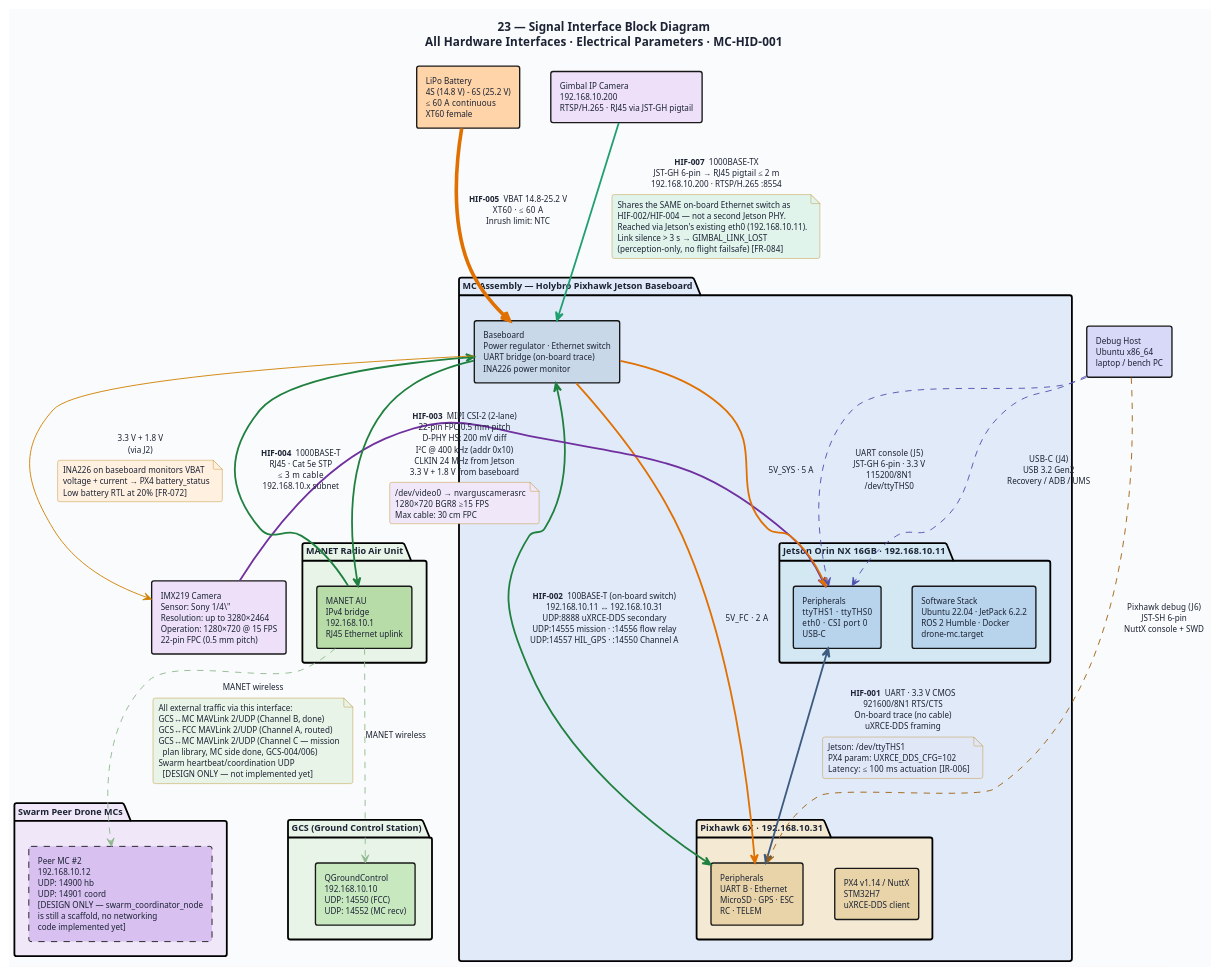
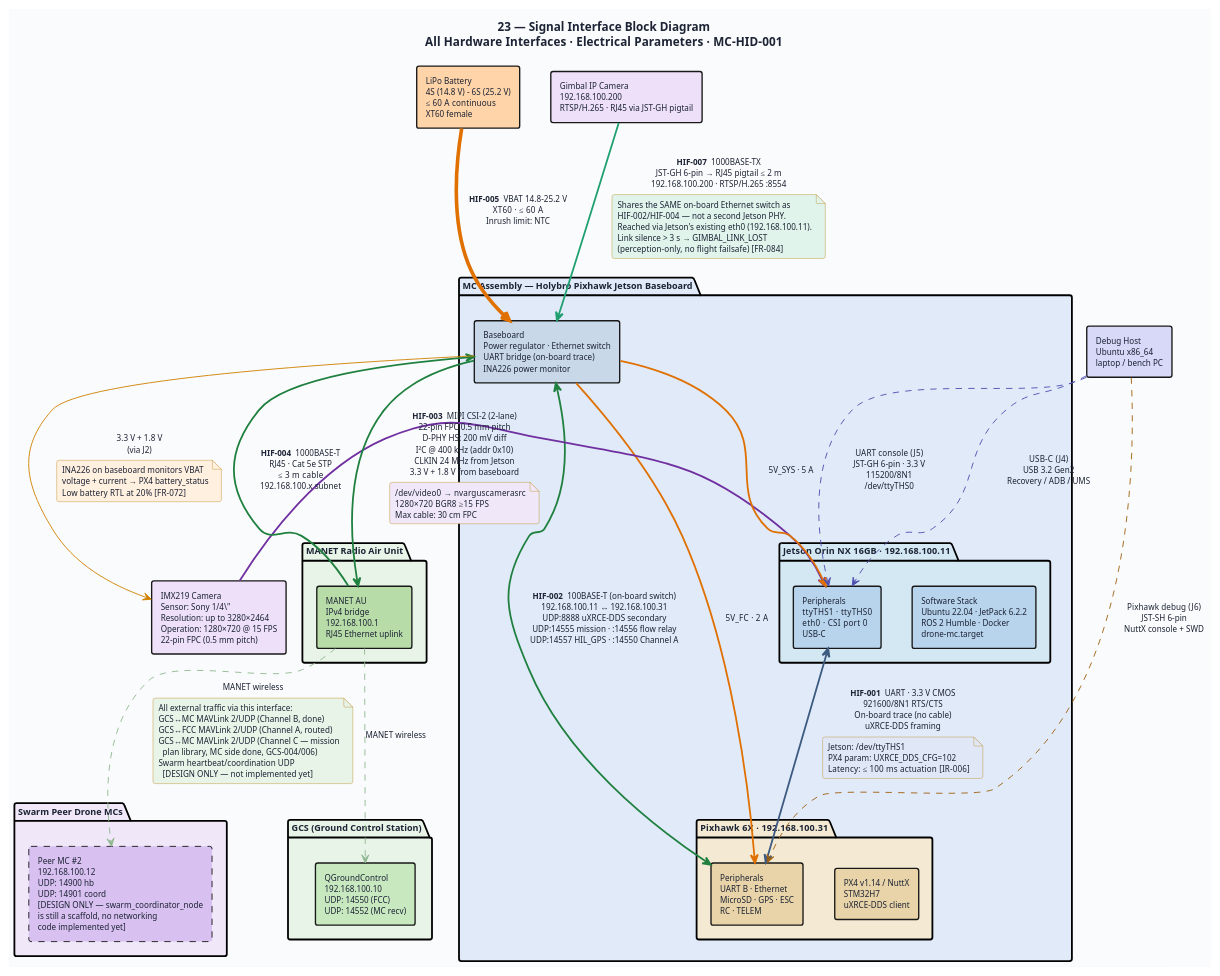
One commit to shawnsoh-stengg/shawnsoh-stengg-drone-swarm-mc-tempFork changed the diagram in docs/diagrams/23-hid-signal-interfaces.puml. Above: the diagram before and after it, drawn with PlantUML. The commit also changed 59 other files, not shown here.

First line of the commit message:
NEAR-726 - Add sequence diagram for mission_manager_node pre-arm checks and arming sequence

```diff
--- a/docs/diagrams/23-hid-signal-interfaces.puml
+++ b/docs/diagrams/23-hid-signal-interfaces.puml
@@ -1,173 +1,173 @@
 @startuml 23-hid-signal-interfaces
 ' ─────────────────────────────────────────────────────────────
 ' Diagram 23: Signal Interface Block Diagram — All Seven HIFs
 ' MC-HID-001 §3–§9
 ' ─────────────────────────────────────────────────────────────
 
 title "23 — Signal Interface Block Diagram\nAll Hardware Interfaces · Electrical Parameters  ·  MC-HID-001"
 
 skinparam BackgroundColor #FAFBFC
 skinparam DefaultFontColor #1C2334
 skinparam DefaultFontSize 10
 skinparam TitleFontSize 13
 skinparam TitleFontStyle bold
 skinparam shadowing false
 skinparam RoundCorner 5
 
 skinparam package {
   BorderThickness 2
   FontSize 10
   FontStyle bold
 }
 
 skinparam rectangle {
   BorderThickness 1.5
   FontSize 9
 }
 
 skinparam note {
   BackgroundColor #FFFAE8
   BorderColor #C09030
   FontSize 9
 }
 
 skinparam arrow {
   Color #3D5A80
   FontColor #1C2334
   FontSize 9
 }
 
 ' ═══════════════════════════════════════════════════
 ' EXTERNAL SYSTEMS
 ' ═══════════════════════════════════════════════════
 
 rectangle "LiPo Battery\n4S (14.8 V) – 6S (25.2 V)\n≤ 60 A continuous\nXT60 female" as BAT #FFD4A8
 
 rectangle "IMX219 Camera\nSensor: Sony 1/4\"\nResolution: up to 3280×2464\nOperation: 1280×720 @ 15 FPS\n22-pin FPC (0.5 mm pitch)" as CAM #EDE0F8
 
 package "MANET Radio Air Unit" as AU_PKG #E8F4E8 {
-  rectangle "MANET AU\nIPv4 bridge\n192.168.10.1\nRJ45 Ethernet uplink" as AU #B8DCA8
+  rectangle "MANET AU\nIPv4 bridge\n192.168.100.1\nRJ45 Ethernet uplink" as AU #B8DCA8
 }
 
 package "GCS (Ground Control Station)" as GCS_PKG #E8F4E8 {
-  rectangle "QGroundControl\n192.168.10.10\nUDP: 14550 (FCC)\nUDP: 14552 (MC recv)" as GCS #C8E8C0
+  rectangle "QGroundControl\n192.168.100.10\nUDP: 14550 (FCC)\nUDP: 14552 (MC recv)" as GCS #C8E8C0
 }
 
 package "Swarm Peer Drone MCs" as PEER_PKG #F0E8F8 {
-  rectangle "Peer MC #2\n192.168.10.12\nUDP: 14900 hb\nUDP: 14901 coord\n[DESIGN ONLY — swarm_coordinator_node\nis still a scaffold, no networking\ncode implemented yet]" as PEER #D8C0F0;line.dashed
+  rectangle "Peer MC #2\n192.168.100.12\nUDP: 14900 hb\nUDP: 14901 coord\n[DESIGN ONLY — swarm_coordinator_node\nis still a scaffold, no networking\ncode implemented yet]" as PEER #D8C0F0;line.dashed
 }
 
 rectangle "Debug Host\nUbuntu x86_64\nlaptop / bench PC" as DBG #D8D8F8
 
-rectangle "Gimbal IP Camera\n192.168.10.200\nRTSP/H.265 · RJ45 via JST-GH pigtail" as GIMCAM #EDE0F8
+rectangle "Gimbal IP Camera\n192.168.100.200\nRTSP/H.265 · RJ45 via JST-GH pigtail" as GIMCAM #EDE0F8
 
 ' ═══════════════════════════════════════════════════
 ' MISSION COMPUTER ASSEMBLY
 ' ═══════════════════════════════════════════════════
 
 package "MC Assembly — Holybro Pixhawk Jetson Baseboard" as MC_PKG #E0EAF8 {
 
-  package "Jetson Orin NX 16GB  ·  192.168.10.11" as JET #D4E8F4 {
+  package "Jetson Orin NX 16GB  ·  192.168.100.11" as JET #D4E8F4 {
     rectangle "Software Stack\nUbuntu 22.04 · JetPack 6.2.2\nROS 2 Humble · Docker\ndrone-mc.target" as JET_SW #B8D4EC
     rectangle "Peripherals\nttyTHS1  ·  ttyTHS0\neth0  ·  CSI port 0\nUSB-C" as JET_HW #B8D4EC
   }
 
   rectangle "Baseboard\nPower regulator · Ethernet switch\nUART bridge (on-board trace)\nINA226 power monitor" as BB #C8D8E8
 
-  package "Pixhawk 6X  ·  192.168.10.31" as PX4 #F4EAD4 {
+  package "Pixhawk 6X  ·  192.168.100.31" as PX4 #F4EAD4 {
     rectangle "PX4 v1.14 / NuttX\nSTM32H7\nuXRCE-DDS client" as PX4_SW #E8D4A8
     rectangle "Peripherals\nUART B · Ethernet\nMicroSD · GPS · ESC\nRC · TELEM" as PX4_HW #E8D4A8
   }
 }
 
 ' ═══════════════════════════════════════════════════
 ' HIF-001: SERIAL (ttyTHS1 ↔ Pixhawk UART B)
 ' ═══════════════════════════════════════════════════
 
 JET_HW <-[#3D5A80,thickness=2]-> PX4_HW : **HIF-001**  UART · 3.3 V CMOS\n921600/8N1 RTS/CTS\nOn-board trace (no cable)\nuXRCE-DDS framing
 
 note on link #E0E8F8
   Jetson: /dev/ttyTHS1
   PX4 param: UXRCE_DDS_CFG=102
   Latency: ≤ 100 ms actuation  [IR-006]
 end note
 
 ' ═══════════════════════════════════════════════════
-' HIF-002: ON-BOARD ETHERNET MC↔FCC (192.168.10.x)
+' HIF-002: ON-BOARD ETHERNET MC↔FCC (192.168.100.x)
 ' ═══════════════════════════════════════════════════
 
-BB <-[#208040,thickness=2]-> PX4_HW : **HIF-002**  100BASE-T (on-board switch)\n192.168.10.11 ↔ 192.168.10.31\nUDP:8888 uXRCE-DDS secondary\nUDP:14555 mission · :14556 flow relay\nUDP:14557 HIL_GPS · :14550 Channel A
+BB <-[#208040,thickness=2]-> PX4_HW : **HIF-002**  100BASE-T (on-board switch)\n192.168.100.11 ↔ 192.168.100.31\nUDP:8888 uXRCE-DDS secondary\nUDP:14555 mission · :14556 flow relay\nUDP:14557 HIL_GPS · :14550 Channel A
 
 ' ═══════════════════════════════════════════════════
 ' HIF-003: CSI-2 CAMERA
 ' ═══════════════════════════════════════════════════
 
 CAM -[#7030A0,thickness=2]-> JET_HW : **HIF-003**  MIPI CSI-2 (2-lane)\n22-pin FPC 0.5 mm pitch\nD-PHY HS: 200 mV diff\nI²C @ 400 kHz (addr 0x10)\nCLKIN 24 MHz from Jetson\n3.3 V + 1.8 V from baseboard
 
 note on link #F0E8F8
   /dev/video0  →  nvarguscamerasrc
   1280×720 BGR8 ≥15 FPS
   Max cable: 30 cm FPC
 end note
 
 ' ═══════════════════════════════════════════════════
 ' HIF-004: EXTERNAL ETHERNET → MANET
 ' ═══════════════════════════════════════════════════
 
-AU -[#208040,thickness=2]-> BB : **HIF-004**  1000BASE-T\nRJ45 · Cat 5e STP\n≤ 3 m cable\n192.168.10.x subnet
+AU -[#208040,thickness=2]-> BB : **HIF-004**  1000BASE-T\nRJ45 · Cat 5e STP\n≤ 3 m cable\n192.168.100.x subnet
 BB -[#208040,thickness=2]-> AU
 
 AU -[#90B890,dashed]-> GCS : MANET wireless
 AU -[#90B890,dashed]-> PEER : MANET wireless
 
 note on link #E8F4E8
   All external traffic via this interface:
   GCS↔MC MAVLink 2/UDP (Channel B, done)
   GCS↔FCC MAVLink 2/UDP (Channel A, routed)
   GCS↔MC MAVLink 2/UDP (Channel C — mission
     plan library, MC side done, GCS-004/006)
   Swarm heartbeat/coordination UDP
     [DESIGN ONLY — not implemented yet]
 end note
 
 ' ═══════════════════════════════════════════════════
 ' HIF-007: GIMBAL IP CAMERA (shared on-board switch)
 ' ═══════════════════════════════════════════════════
 
-GIMCAM -[#20A070,thickness=2]-> BB : **HIF-007**  1000BASE-TX\nJST-GH 6-pin → RJ45 pigtail ≤ 2 m\n192.168.10.200 · RTSP/H.265 :8554
+GIMCAM -[#20A070,thickness=2]-> BB : **HIF-007**  1000BASE-TX\nJST-GH 6-pin → RJ45 pigtail ≤ 2 m\n192.168.100.200 · RTSP/H.265 :8554
 
 note on link #E0F4EC
   Shares the SAME on-board Ethernet switch as
   HIF-002/HIF-004 — not a second Jetson PHY.
-  Reached via Jetson's existing eth0 (192.168.10.11).
+  Reached via Jetson's existing eth0 (192.168.100.11).
   Link silence > 3 s → GIMBAL_LINK_LOST
   (perception-only, no flight failsafe)  [FR-084]
 end note
 
 ' ═══════════════════════════════════════════════════
 ' HIF-005: POWER
 ' ═══════════════════════════════════════════════════
 
 BAT -[#E07000,thickness=4]-> BB : **HIF-005**  VBAT 14.8–25.2 V\nXT60 · ≤ 60 A\nInrush limit: NTC
 
 BB -[#E07000,thickness=2]-> JET_HW : 5V_SYS · 5 A
 BB -[#E07000,thickness=2]-> PX4_HW : 5V_FC  · 2 A
 BB -[#D08000]-> CAM : 3.3 V + 1.8 V\n(via J2)
 
 note on link #FFF0E0
   INA226 on baseboard monitors VBAT
   voltage + current → PX4 battery_status
   Low battery RTL at 20%  [FR-072]
 end note
 
 ' ═══════════════════════════════════════════════════
 ' HIF-006: DEBUG
 ' ═══════════════════════════════════════════════════
 
 DBG -[#5050B0,dashed]-> JET_HW : USB-C  (J4)\nUSB 3.2 Gen2\nRecovery / ADB / UMS
 
 DBG -[#5050B0,dashed]-> JET_HW : UART console  (J5)\nJST-GH 6-pin · 3.3 V\n115200/8N1\n/dev/ttyTHS0
 
 DBG -[#A06010,dashed]-> PX4_HW : Pixhawk debug  (J6)\nJST-SH 6-pin\nNuttX console + SWD
 
 @enduml
```
